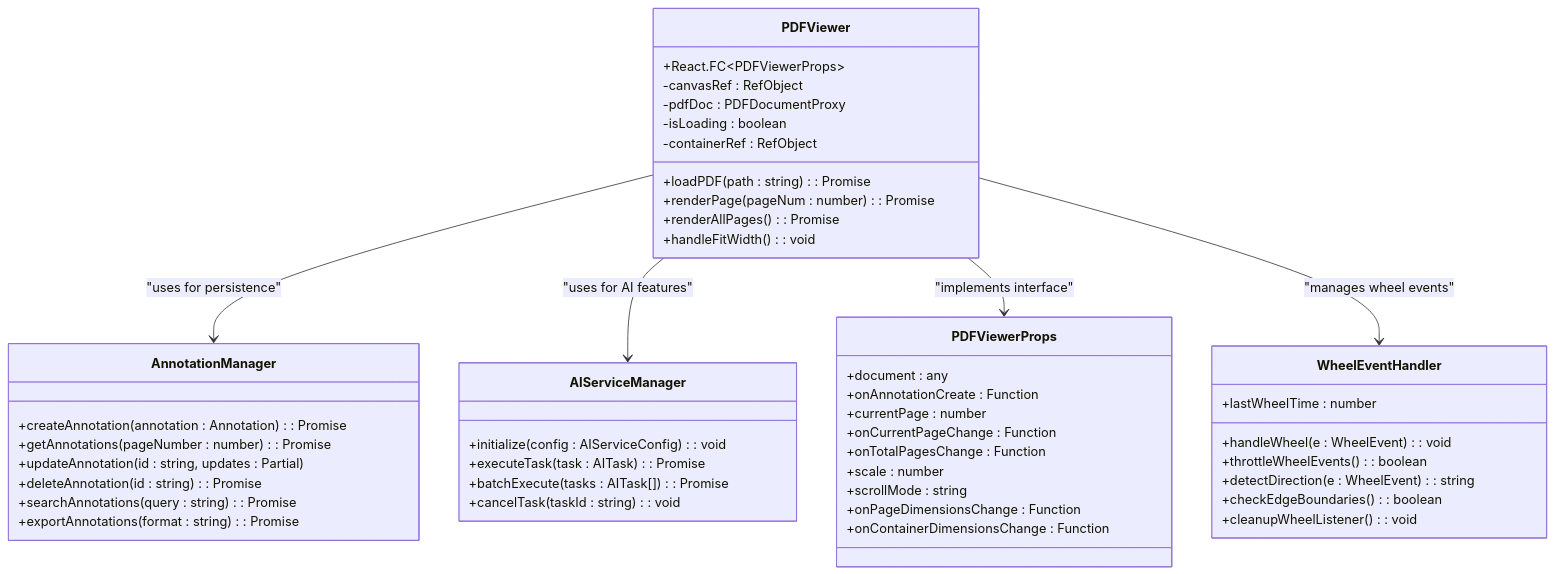
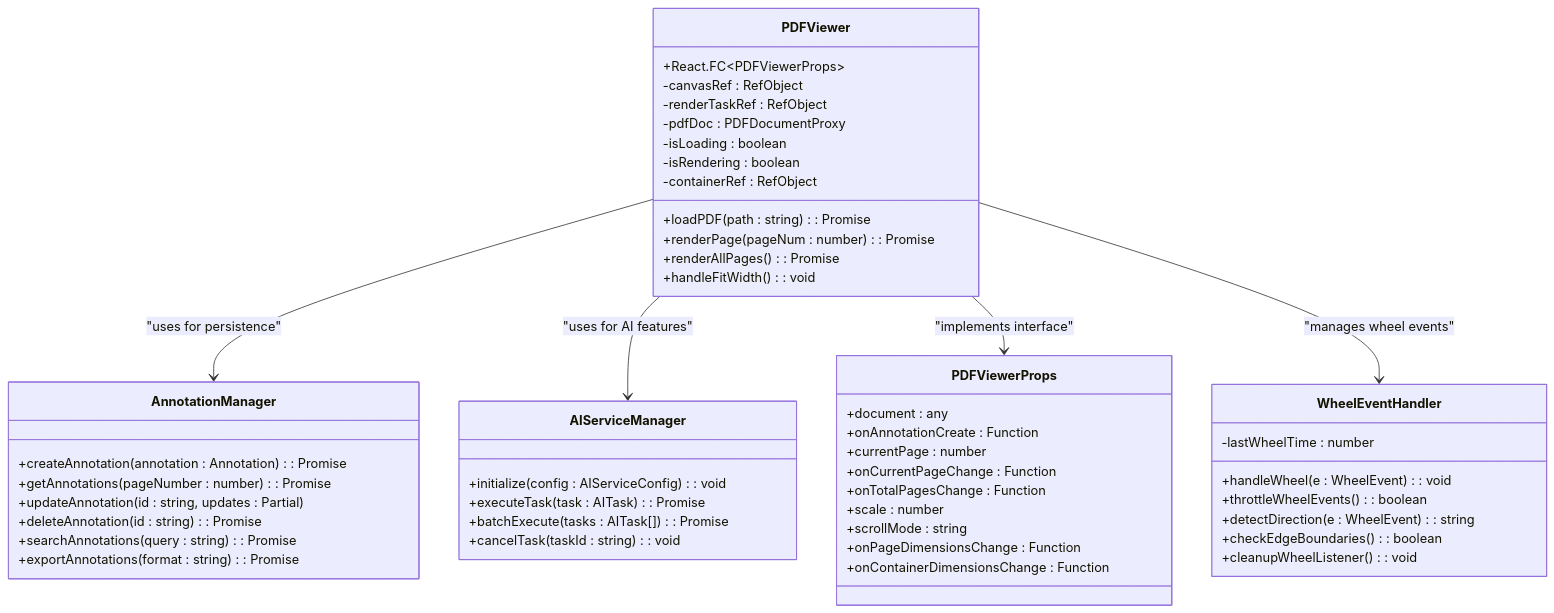
One commit to Chunde/SciPDFReader changed the third of 10 diagrams in .qoder/repowiki/en/content/Core Components/PDF Viewer Enhancement.md. Above: the diagram before and after it, drawn with Mermaid. The commit also changed other lines of this file and 2 other files, not shown here.

````diff
--- a/.qoder/repowiki/en/content/Core Components/PDF Viewer Enhancement.md
+++ b/.qoder/repowiki/en/content/Core Components/PDF Viewer Enhancement.md
@@ -186,51 +186,53 @@
 ```mermaid
 classDiagram
 class PDFViewer {
 +React.FC~PDFViewerProps~
 -canvasRef : RefObject
+-renderTaskRef : RefObject
 -pdfDoc : PDFDocumentProxy
 -isLoading : boolean
+-isRendering : boolean
 -containerRef : RefObject
 +loadPDF(path : string) : Promise<void>
 +renderPage(pageNum : number) : Promise<void>
 +renderAllPages() : Promise<void>
 +handleFitWidth() : void
 }
 class PDFViewerProps {
 +document : any
 +onAnnotationCreate : Function
 +currentPage : number
 +onCurrentPageChange : Function
 +onTotalPagesChange : Function
 +scale : number
 +scrollMode : string
 +onPageDimensionsChange : Function
 +onContainerDimensionsChange : Function
 }
 class WheelEventHandler {
-+lastWheelTime : number
+-lastWheelTime : number
 +handleWheel(e : WheelEvent) : void
 +throttleWheelEvents() : boolean
 +detectDirection(e : WheelEvent) : string
 +checkEdgeBoundaries() : boolean
 +cleanupWheelListener() : void
 }
 class AnnotationManager {
 +createAnnotation(annotation : Annotation) : Promise<Annotation>
 +getAnnotations(pageNumber : number) : Promise<Annotation[]>
 +updateAnnotation(id : string, updates : Partial)
 +deleteAnnotation(id : string) : Promise<void>
 +searchAnnotations(query : string) : Promise<Annotation[]>
 +exportAnnotations(format : string) : Promise<string>
 }
 class AIServiceManager {
 +initialize(config : AIServiceConfig) : void
 +executeTask(task : AITask) : Promise<AITaskResult>
 +batchExecute(tasks : AITask[]) : Promise<AITaskResult[]>
 +cancelTask(taskId : string) : void
 }
 PDFViewer --> AnnotationManager : "uses for persistence"
 PDFViewer --> AIServiceManager : "uses for AI features"
 PDFViewer --> PDFViewerProps : "implements interface"
 PDFViewer --> WheelEventHandler : "manages wheel events"
 ```
````
